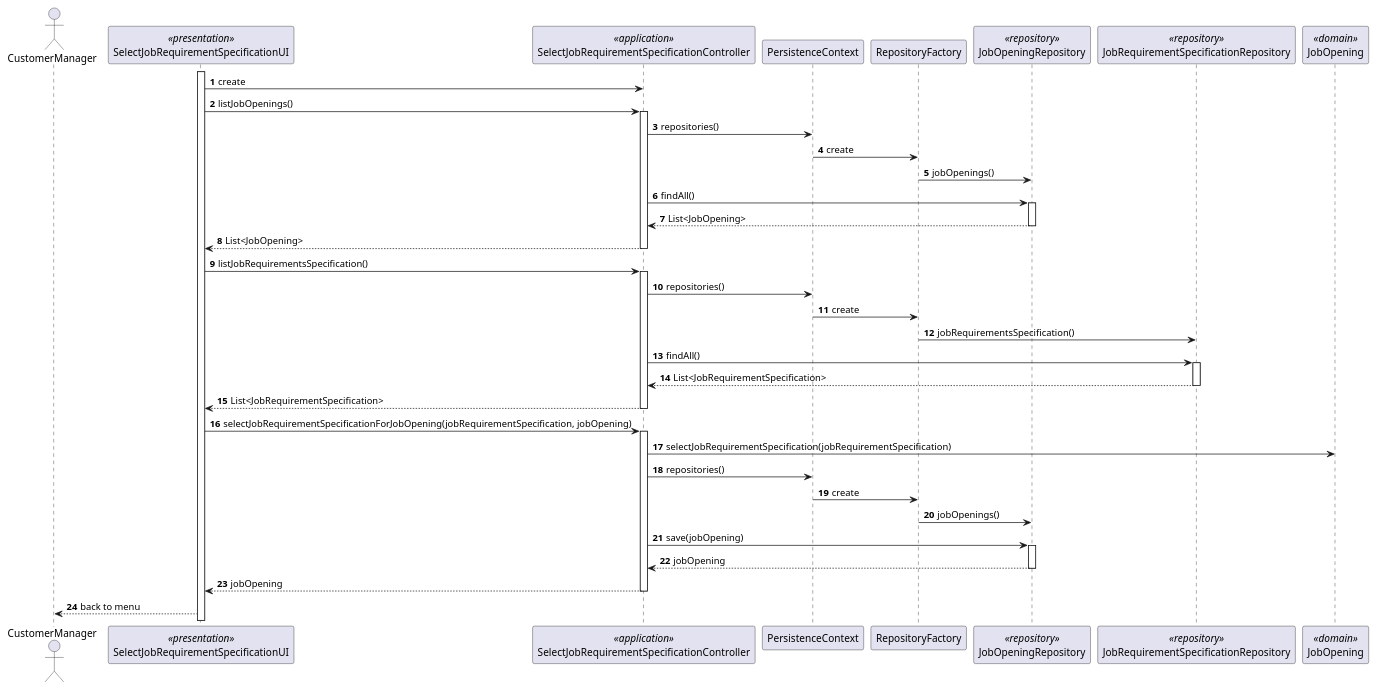
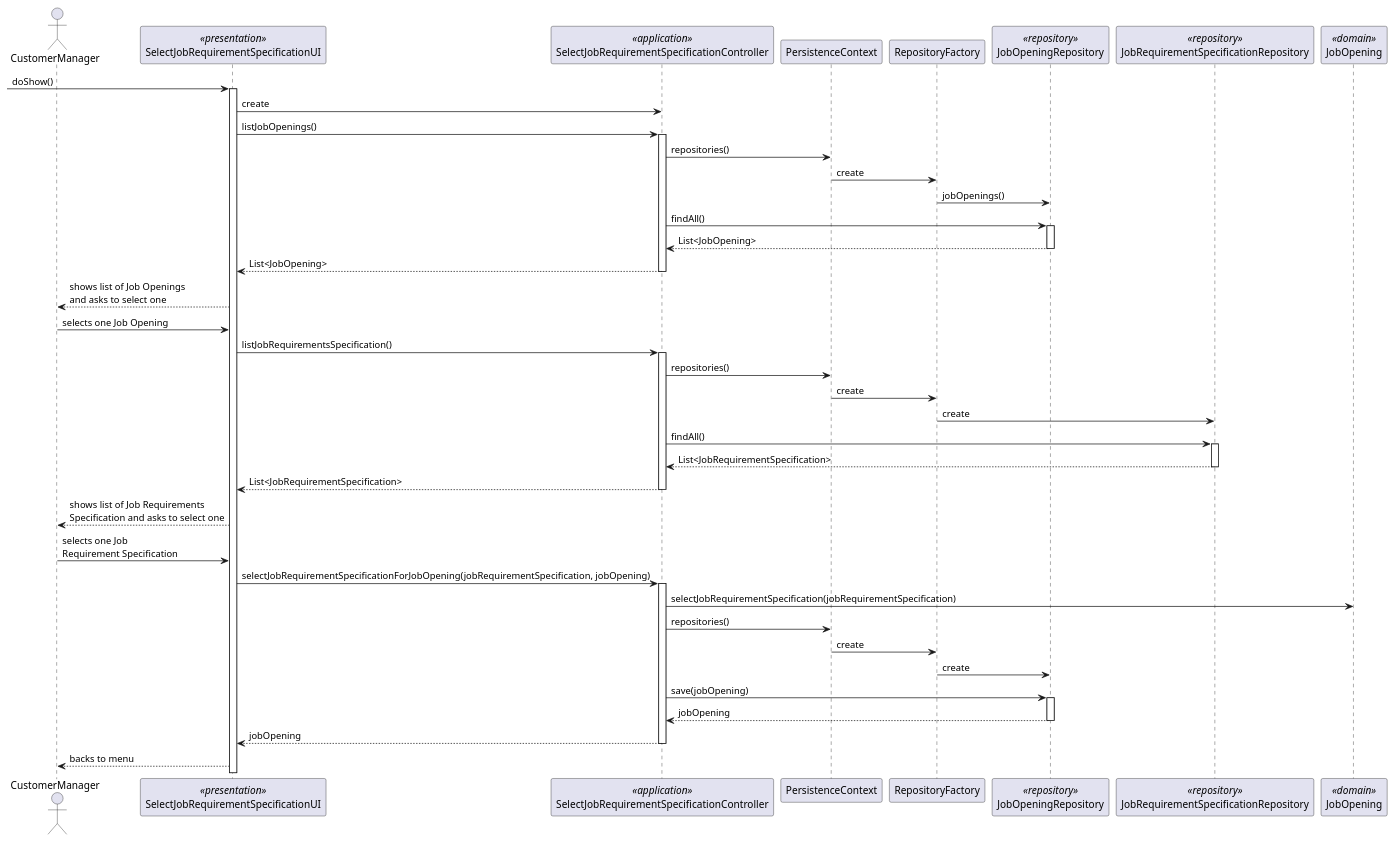
Before and after one commit to Rodrick0209/ISEP-SEM4PI-23-24: the diagram in docs/SprintB/us1009/SD/SD.puml, drawn with PlantUML.

Commit message:
SD 100% done #23

```diff
--- a/docs/SprintB/us1009/SD/SD.puml
+++ b/docs/SprintB/us1009/SD/SD.puml
@@ -1,60 +1,65 @@
 @startuml
 'https://plantuml.com/sequence-diagram
 
-autonumber
 
 actor CustomerManager
-
 
 participant SelectJobRequirementSpecificationUI <<presentation>>
 participant SelectJobRequirementSpecificationController <<application>>
 participant PersistenceContext
 participant RepositoryFactory
 participant JobOpeningRepository <<repository>>
 participant JobRequirementSpecificationRepository <<repository>>
 participant JobOpening <<domain>>
 
+-> SelectJobRequirementSpecificationUI: doShow()
 activate SelectJobRequirementSpecificationUI
 SelectJobRequirementSpecificationUI -> SelectJobRequirementSpecificationController : create
 SelectJobRequirementSpecificationUI -> SelectJobRequirementSpecificationController : listJobOpenings()
 activate SelectJobRequirementSpecificationController
 SelectJobRequirementSpecificationController -> PersistenceContext : repositories()
 PersistenceContext -> RepositoryFactory : create
 RepositoryFactory -> JobOpeningRepository : jobOpenings()
 SelectJobRequirementSpecificationController -> JobOpeningRepository : findAll()
 activate JobOpeningRepository
 JobOpeningRepository --> SelectJobRequirementSpecificationController : List<JobOpening>
 deactivate JobOpeningRepository
 SelectJobRequirementSpecificationController --> SelectJobRequirementSpecificationUI : List<JobOpening>
 deactivate SelectJobRequirementSpecificationController
 
+SelectJobRequirementSpecificationUI --> CustomerManager : shows list of Job Openings\nand asks to select one
+CustomerManager -> SelectJobRequirementSpecificationUI : selects one Job Opening
+
 SelectJobRequirementSpecificationUI -> SelectJobRequirementSpecificationController : listJobRequirementsSpecification()
 activate SelectJobRequirementSpecificationController
 SelectJobRequirementSpecificationController -> PersistenceContext : repositories()
 PersistenceContext -> RepositoryFactory : create
-RepositoryFactory -> JobRequirementSpecificationRepository : jobRequirementsSpecification()
+RepositoryFactory -> JobRequirementSpecificationRepository : create
 SelectJobRequirementSpecificationController -> JobRequirementSpecificationRepository : findAll()
 activate JobRequirementSpecificationRepository
 JobRequirementSpecificationRepository --> SelectJobRequirementSpecificationController : List<JobRequirementSpecification>
 deactivate JobRequirementSpecificationRepository
 SelectJobRequirementSpecificationController --> SelectJobRequirementSpecificationUI : List<JobRequirementSpecification>
 deactivate SelectJobRequirementSpecificationController
 
+SelectJobRequirementSpecificationUI --> CustomerManager : shows list of Job Requirements\nSpecification and asks to select one
+CustomerManager -> SelectJobRequirementSpecificationUI : selects one Job \nRequirement Specification
+
 SelectJobRequirementSpecificationUI -> SelectJobRequirementSpecificationController : selectJobRequirementSpecificationForJobOpening(jobRequirementSpecification, jobOpening)
 activate SelectJobRequirementSpecificationController
 SelectJobRequirementSpecificationController -> JobOpening : selectJobRequirementSpecification(jobRequirementSpecification)
 SelectJobRequirementSpecificationController -> PersistenceContext : repositories()
 PersistenceContext -> RepositoryFactory : create
-RepositoryFactory -> JobOpeningRepository : jobOpenings()
+RepositoryFactory -> JobOpeningRepository : create
 SelectJobRequirementSpecificationController -> JobOpeningRepository : save(jobOpening)
 activate JobOpeningRepository
 JobOpeningRepository --> SelectJobRequirementSpecificationController : jobOpening
 deactivate JobOpeningRepository
 SelectJobRequirementSpecificationController --> SelectJobRequirementSpecificationUI : jobOpening
 deactivate SelectJobRequirementSpecificationController
 
-SelectJobRequirementSpecificationUI --> CustomerManager : back to menu
+SelectJobRequirementSpecificationUI --> CustomerManager : backs to menu
 
 
 
 @enduml
```
